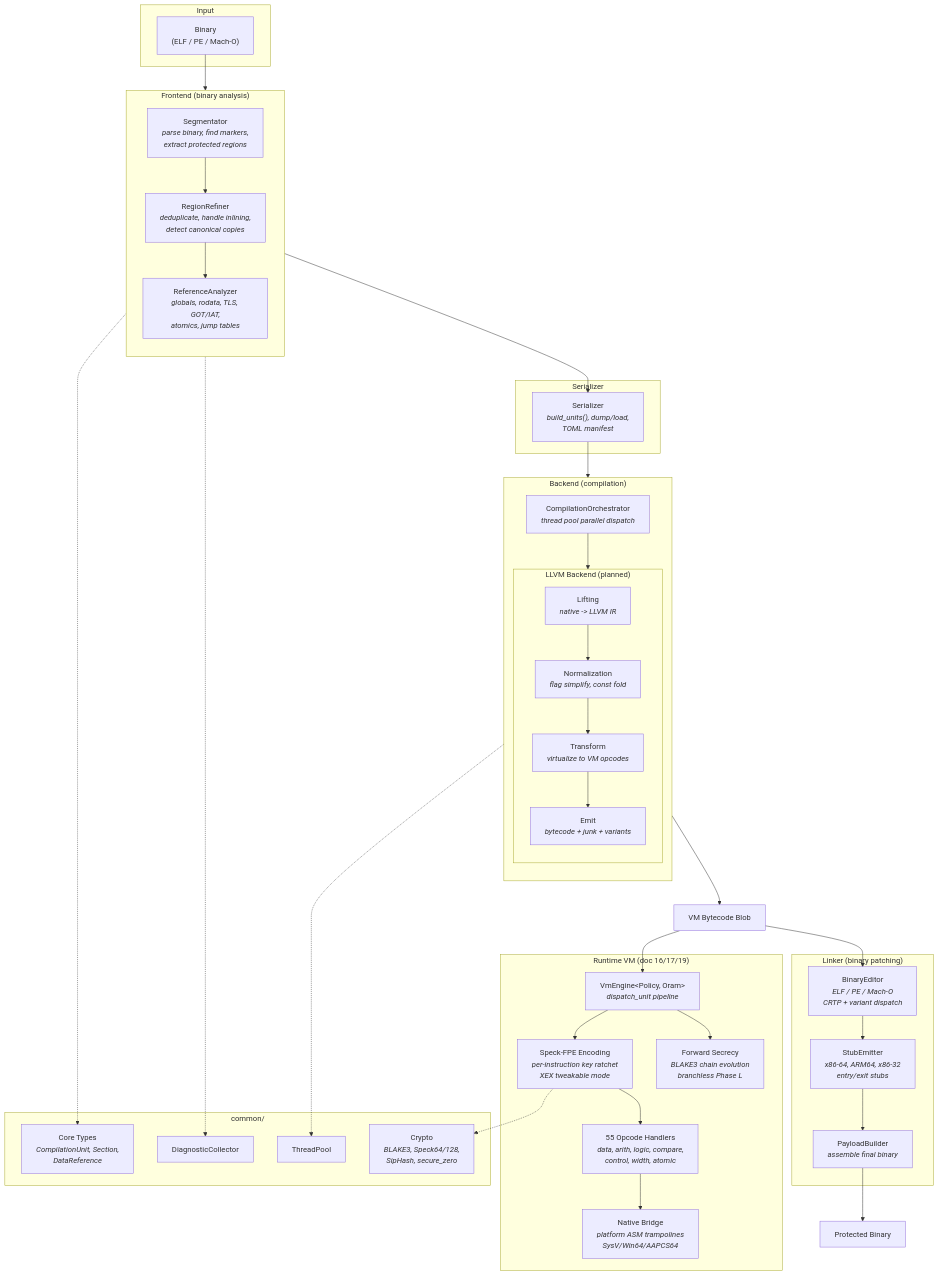
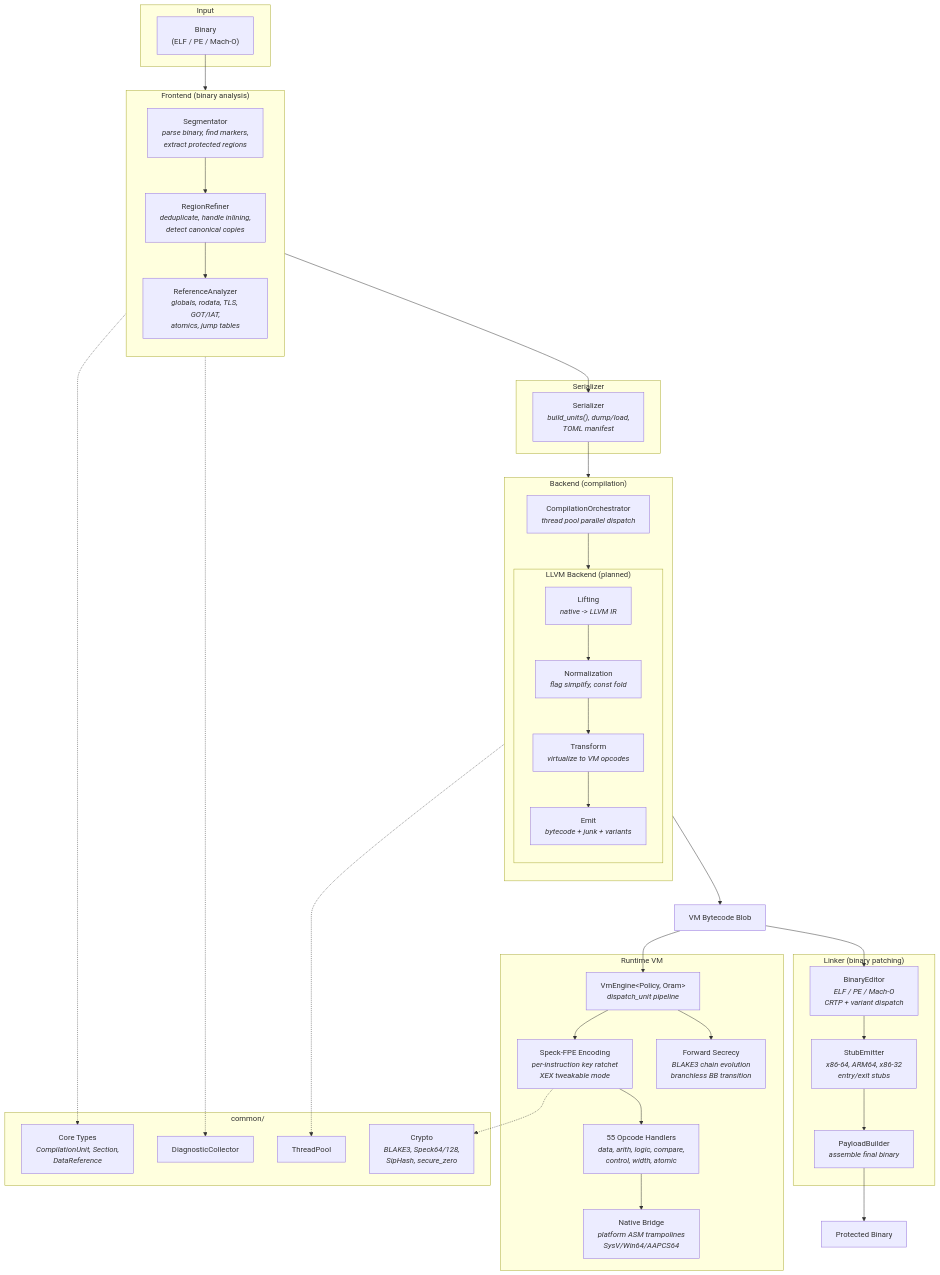
The diagram in README.md (scc-tw/VMPilot), drawn with Mermaid before and after one commit. The commit also changed other lines of this file, not shown here.

Commit message:
docs: update README to clarify Runtime VM features and remove unused references

````diff
--- a/README.md
+++ b/README.md
@@ -437,68 +429,68 @@
 ```mermaid
 flowchart TB
     subgraph Input
         BIN["Binary<br/>(ELF / PE / Mach-O)"]
     end
 
     subgraph Frontend["Frontend (binary analysis)"]
         direction TB
         SEG["Segmentator<br/><i>parse binary, find markers,<br/>extract protected regions</i>"]
         REF["RegionRefiner<br/><i>deduplicate, handle inlining,<br/>detect canonical copies</i>"]
         REFA["ReferenceAnalyzer<br/><i>globals, rodata, TLS, GOT/IAT,<br/>atomics, jump tables</i>"]
         SEG --> REF --> REFA
     end
 
     subgraph Serializer["Serializer"]
         SER["Serializer<br/><i>build_units(), dump/load,<br/>TOML manifest</i>"]
     end
 
     subgraph Backend["Backend (compilation)"]
         direction TB
         ORCH["CompilationOrchestrator<br/><i>thread pool parallel dispatch</i>"]
         subgraph Future["LLVM Backend (planned)"]
             LIFT["Lifting<br/><i>native -> LLVM IR</i>"]
             NORM["Normalization<br/><i>flag simplify, const fold</i>"]
             XFORM["Transform<br/><i>virtualize to VM opcodes</i>"]
             XEMIT["Emit<br/><i>bytecode + junk + variants</i>"]
             LIFT --> NORM --> XFORM --> XEMIT
         end
         ORCH --> Future
     end
 
     subgraph Linker["Linker (binary patching)"]
         EDIT["BinaryEditor<br/><i>ELF / PE / Mach-O<br/>CRTP + variant dispatch</i>"]
         STUB["StubEmitter<br/><i>x86-64, ARM64, x86-32<br/>entry/exit stubs</i>"]
         PAY["PayloadBuilder<br/><i>assemble final binary</i>"]
         EDIT --> STUB --> PAY
     end
 
-    subgraph Runtime["Runtime VM (doc 16/17/19)"]
+    subgraph Runtime["Runtime VM"]
         ENG["VmEngine&lt;Policy, Oram&gt;<br/><i>dispatch_unit pipeline</i>"]
         FPE["Speck-FPE Encoding<br/><i>per-instruction key ratchet<br/>XEX tweakable mode</i>"]
         HAND["55 Opcode Handlers<br/><i>data, arith, logic, compare,<br/>control, width, atomic</i>"]
         BRIDGE["Native Bridge<br/><i>platform ASM trampolines<br/>SysV/Win64/AAPCS64</i>"]
-        CHAIN["Forward Secrecy<br/><i>BLAKE3 chain evolution<br/>branchless Phase L</i>"]
+        CHAIN["Forward Secrecy<br/><i>BLAKE3 chain evolution<br/>branchless BB transition</i>"]
         ENG --> FPE --> HAND --> BRIDGE
         ENG --> CHAIN
     end
 
     BIN --> SEG
     REFA --> SER
     SER --> ORCH
     XEMIT --> BLOB["VM Bytecode Blob"]
     BLOB --> EDIT
     PAY --> FINAL["Protected Binary"]
     BLOB --> ENG
 
     subgraph Common["common/"]
         CORE["Core Types<br/><i>CompilationUnit, Section,<br/>DataReference</i>"]
         DIAG["DiagnosticCollector"]
         POOL["ThreadPool"]
         CRYPTO["Crypto<br/><i>BLAKE3, Speck64/128,<br/>SipHash, secure_zero</i>"]
     end
 
     ORCH -.-> POOL
     SEG -.-> DIAG
     FPE -.-> CRYPTO
     REFA -.-> CORE
 ```
````
